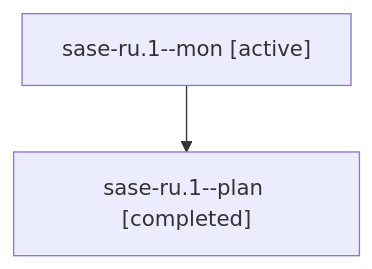
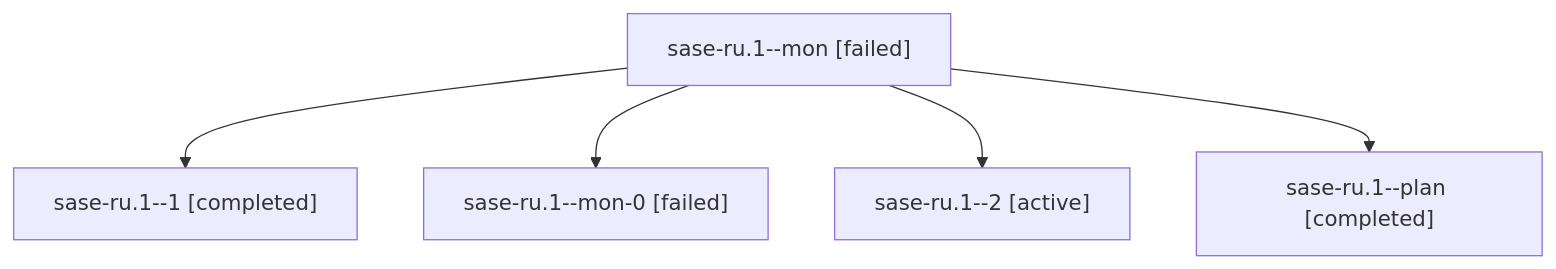
One commit to sase-org/sase--agents changed the diagram in families/bbugyi200.athena.sase-ru.1.md. Above: the diagram before and after it, drawn with Mermaid. The commit also changed other lines of this file and 84 other files, not shown here.

````diff
--- a/families/bbugyi200.athena.sase-ru.1.md
+++ b/families/bbugyi200.athena.sase-ru.1.md
@@ -9,6 +9,12 @@
 ```mermaid
 flowchart TD
-  n0["sase-ru.1--mon [active]"]
-  n1["sase-ru.1--plan [completed]"]
+  n0["sase-ru.1--mon [failed]"]
+  n1["sase-ru.1--1 [completed]"]
   n0 --> n1
+  n2["sase-ru.1--mon-0 [failed]"]
+  n0 --> n2
+  n3["sase-ru.1--2 [active]"]
+  n0 --> n3
+  n4["sase-ru.1--plan [completed]"]
+  n0 --> n4
 ```
````
